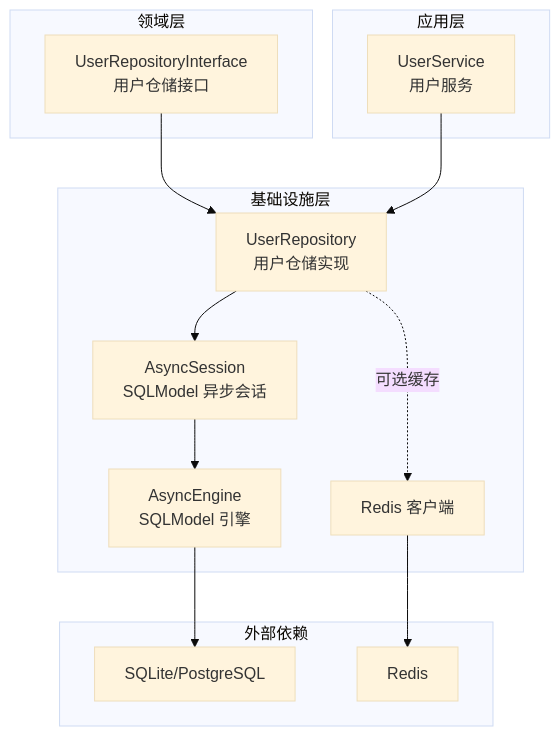
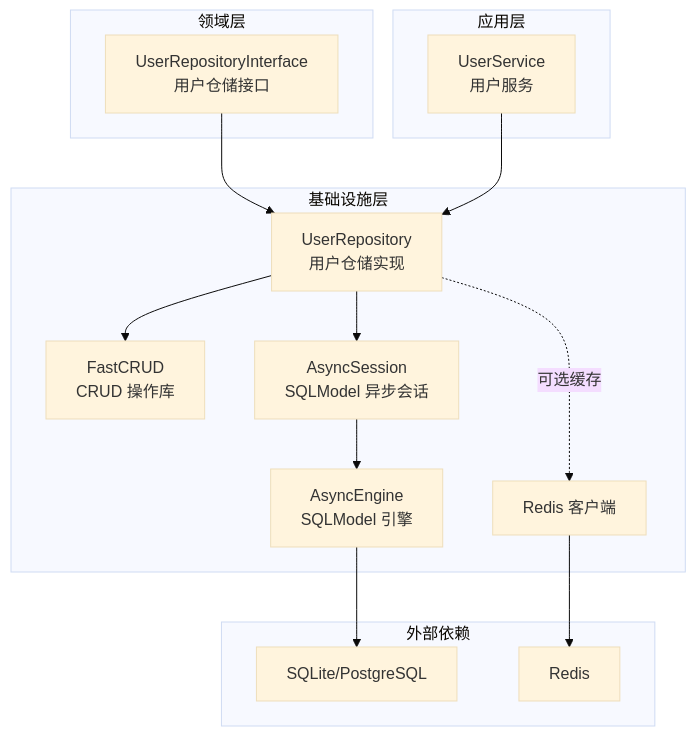
Before and after one commit to taoweidong/Hello-FastApi: the first of 5 diagrams in .qoder/repowiki/zh/content/用户管理系统/用户仓储层.md, drawn with Mermaid (base theme). The commit also changed other lines of this file and 61 other files, not shown here.

````diff
--- a/.qoder/repowiki/zh/content/用户管理系统/用户仓储层.md
+++ b/.qoder/repowiki/zh/content/用户管理系统/用户仓储层.md
@@ -54,26 +55,28 @@
 ```mermaid
 graph TB
 subgraph "领域层"
 DI["UserRepositoryInterface<br/>用户仓储接口"]
 end
 subgraph "应用层"
 US["UserService<br/>用户服务"]
 end
 subgraph "基础设施层"
 UR["UserRepository<br/>用户仓储实现"]
+FC["FastCRUD<br/>CRUD 操作库"]
 DB["AsyncSession<br/>SQLModel 异步会话"]
 ENG["AsyncEngine<br/>SQLModel 引擎"]
 RC["Redis 客户端"]
 end
 subgraph "外部依赖"
 SQL["SQLite/PostgreSQL"]
 REDIS["Redis"]
 end
 DI --> UR
 US --> UR
+UR --> FC
 UR --> DB
 DB --> ENG
 UR -. 可选缓存 .-> RC
 ENG --> SQL
 RC --> REDIS
 ```
````
